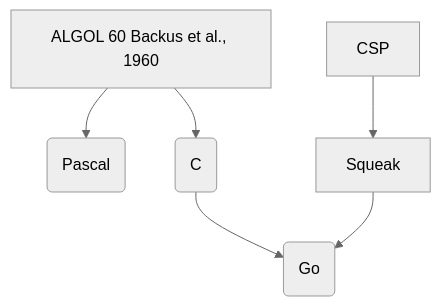
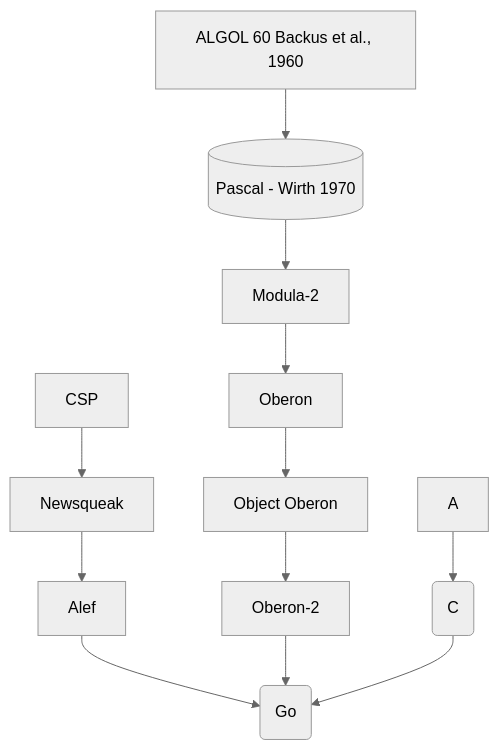
The diagram in notes/go/Go 圣经/前言.md (hanzhuoxian/study), drawn with Mermaid (neutral theme) before and after one commit. The commit also changed 1 other file, not shown here.

````diff
--- a/notes/go/Go 圣经/前言.md
+++ b/notes/go/Go 圣经/前言.md
@@ -7,8 +7,16 @@
 ```mermaid
 graph TD
-A[ALGOL 60 Backus et al., 1960] --> B(Pascal)
-	A --> C(C)
-	C --> G(Go)
 AA[CSP] --> AB[Squeak]
-AB --> G
+AB[Newsqueak] --> AC[Alef]
+AC --> G
+
+BA[ALGOL 60 Backus et al., 1960] --> BB[(Pascal - Wirth 1970 )]
+BB--> BC[Modula-2]
+BC-->BD[Oberon]
+BD-->BE[Object Oberon]
+BE-->BF[Oberon-2]
+BF --> G
+
+A --> CA(C)
+CA --> G(Go)
 ```
````
